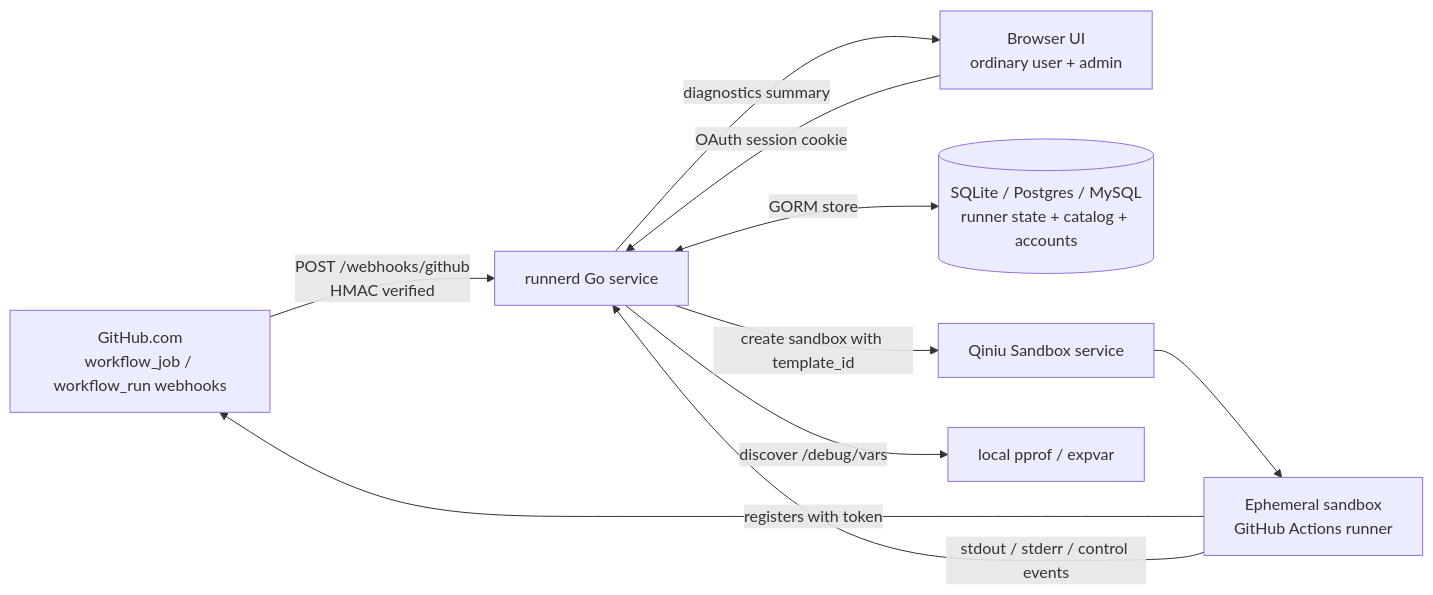
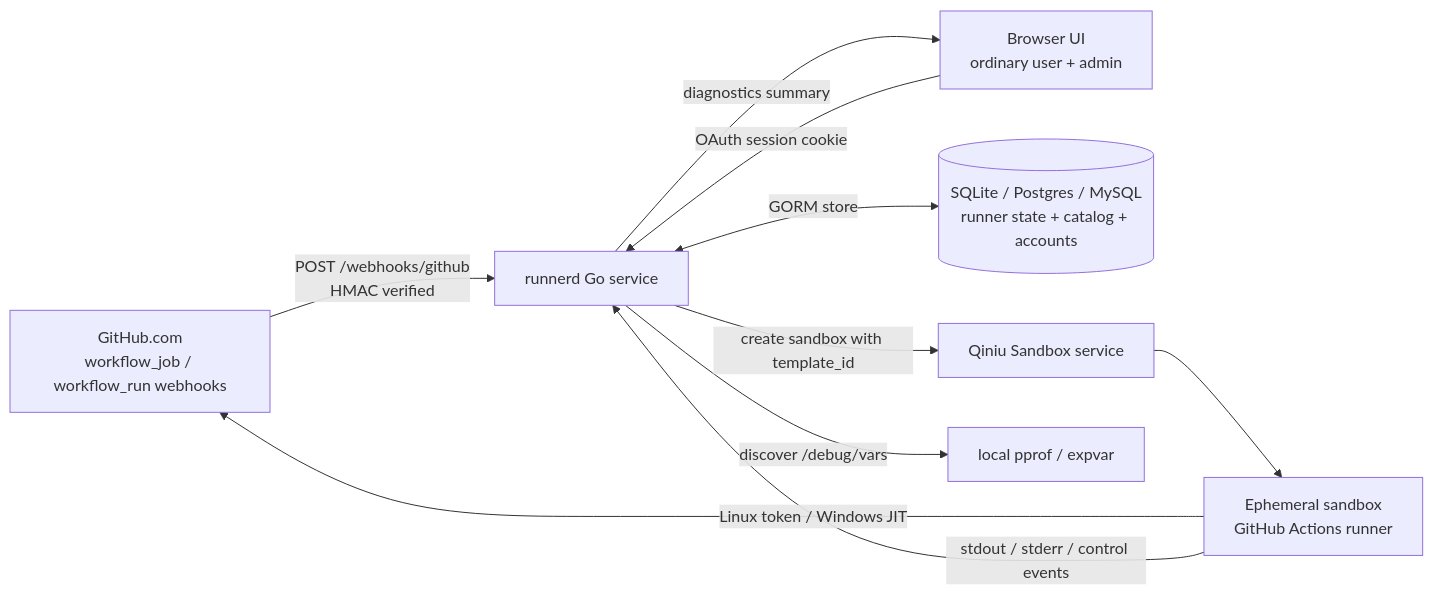
Before and after one commit to qiniu/ci-runner: the first of 6 diagrams in docs/runner-architecture-comparison.md, drawn with Mermaid. The commit also changed other lines of this file and 15 other files, not shown here.

First line of the commit message:
fix(runners): use JIT registration on Windows

````diff
--- a/docs/runner-architecture-comparison.md
+++ b/docs/runner-architecture-comparison.md
@@ -41,20 +41,20 @@
 ```mermaid
 flowchart LR
   GitHub["GitHub.com<br/>workflow_job / workflow_run webhooks"]
   Browser["Browser UI<br/>ordinary user + admin"]
   Runnerd["runnerd Go service"]
   DB[("SQLite / Postgres / MySQL<br/>runner state + catalog + accounts")]
   QiniuSandbox["Qiniu Sandbox service"]
   Sandbox["Ephemeral sandbox<br/>GitHub Actions runner"]
   Pprof["local pprof / expvar"]
 
   GitHub -->|"POST /webhooks/github<br/>HMAC verified"| Runnerd
   Browser -->|"OAuth session cookie"| Runnerd
   Runnerd <-->|"GORM store"| DB
   Runnerd -->|"create sandbox with template_id"| QiniuSandbox
   QiniuSandbox --> Sandbox
-  Sandbox -->|"registers with token"| GitHub
+  Sandbox -->|"Linux token / Windows JIT"| GitHub
   Sandbox -->|"stdout / stderr / control events"| Runnerd
   Runnerd -->|"diagnostics summary"| Browser
   Runnerd -->|"discover /debug/vars"| Pprof
 ```
````
